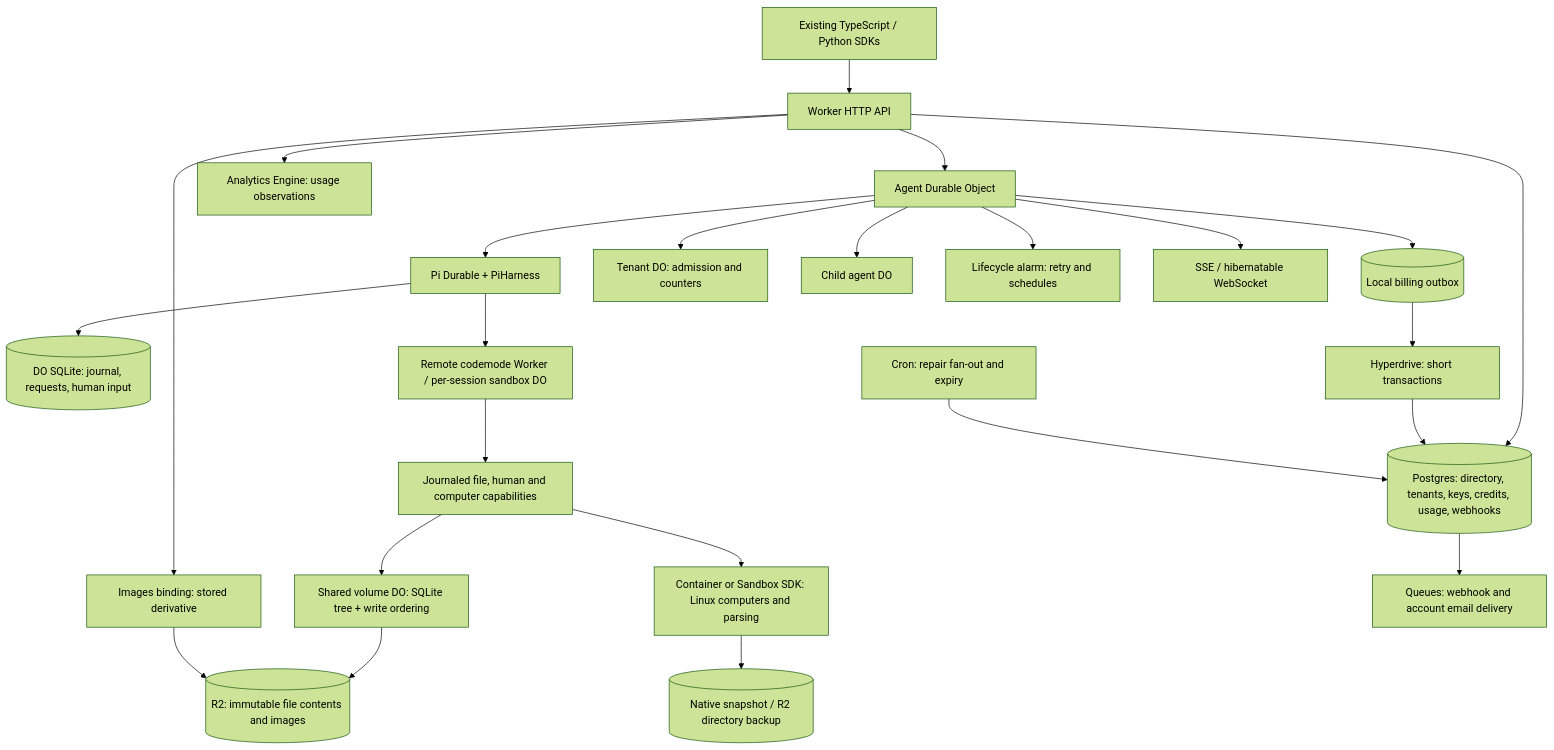
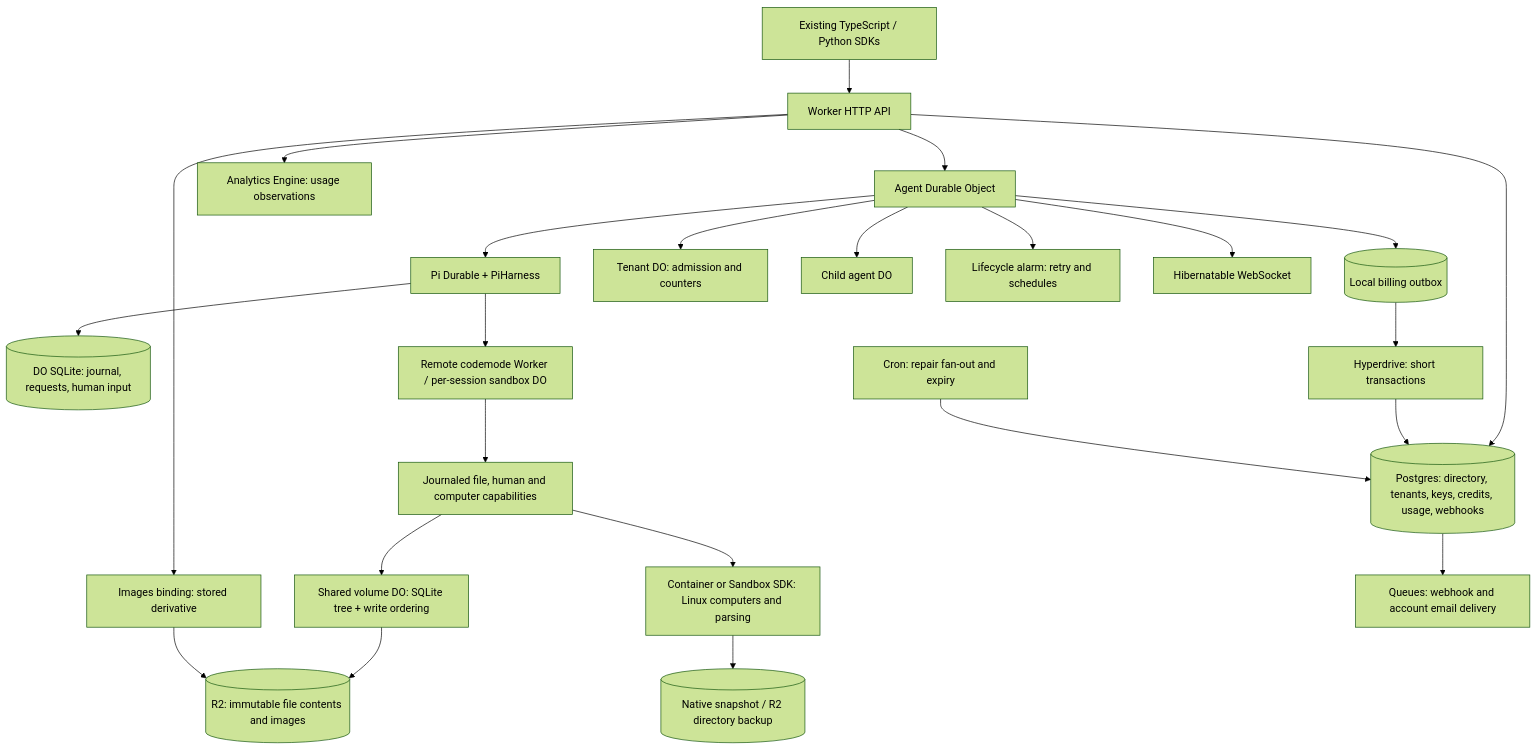
Before and after one commit to qaml-ai/run: the diagram in backends/workers/ELEGANCE.md, drawn with Mermaid (forest theme). The commit also changed other lines of this file and 1 other file, not shown here.

Commit message:
Document pilot resources and WebSocket-only transport

````diff
--- a/backends/workers/ELEGANCE.md
+++ b/backends/workers/ELEGANCE.md
@@ -26,26 +26,26 @@
 ```mermaid
 flowchart TB
     SDK[Existing TypeScript / Python SDKs] --> API[Worker HTTP API]
     API --> PG[(Postgres: directory, tenants, keys, credits, usage, webhooks)]
     API --> A[Agent Durable Object]
     A --> P[Pi Durable + PiHarness]
     P --> SQL[(DO SQLite: journal, requests, human input)]
     A --> OUT[(Local billing outbox)]
     OUT --> HD[Hyperdrive: short transactions]
     HD --> PG
     A --> T[Tenant DO: admission and counters]
     A --> CHILD[Child agent DO]
     A --> ALARM[Lifecycle alarm: retry and schedules]
-    A --> STREAM[SSE / hibernatable WebSocket]
+    A --> STREAM[Hibernatable WebSocket]
     P --> CM[Remote codemode Worker / per-session sandbox DO]
     CM --> TOOLS[Journaled file, human and computer capabilities]
     TOOLS --> V[Shared volume DO: SQLite tree + write ordering]
     V --> R2[(R2: immutable file contents and images)]
     API --> IMG[Images binding: stored derivative]
     IMG --> R2
     TOOLS --> LINUX[Container or Sandbox SDK: Linux computers and parsing]
     LINUX --> BACKUP[(Native snapshot / R2 directory backup)]
     PG --> Q[Queues: webhook and account email delivery]
     CRON[Cron: repair fan-out and expiry] --> PG
     API --> METRICS[Analytics Engine: usage observations]
 ```
````
